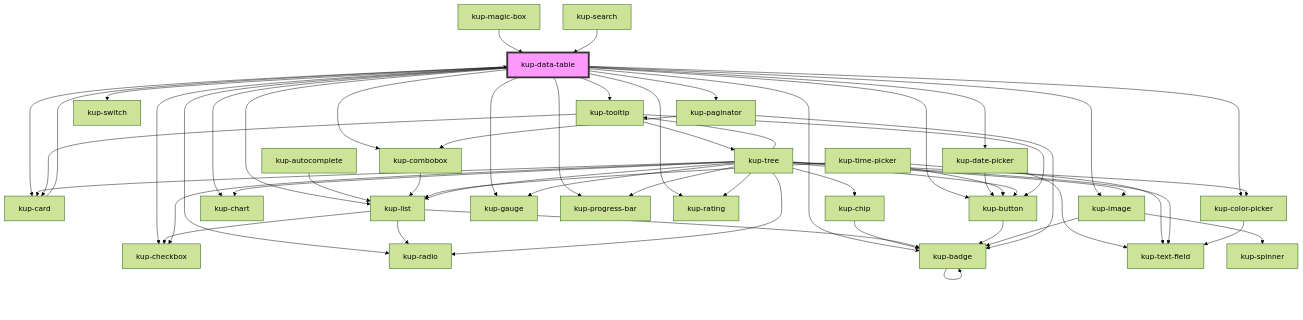
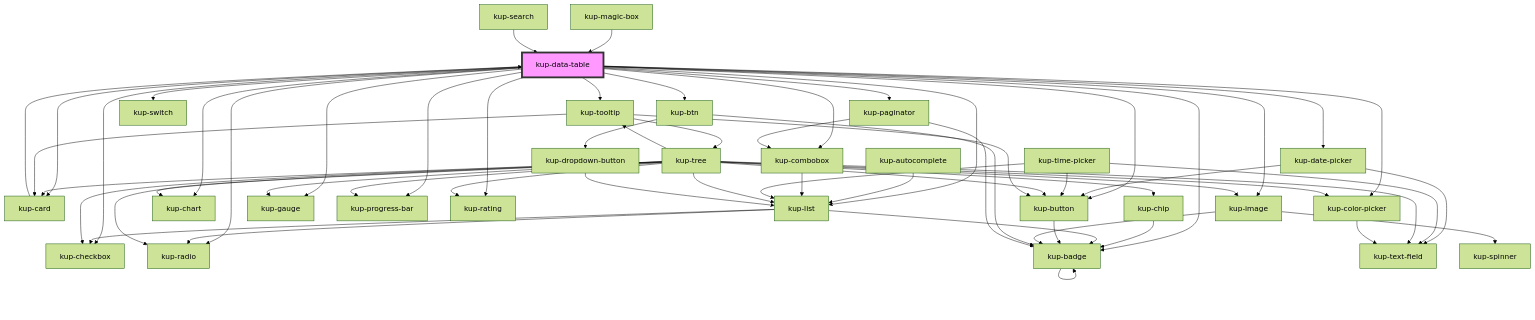
One commit to smeup/ketchup changed the diagram in packages/ketchup/src/components/kup-data-table/readme.md. Above: the diagram before and after it, drawn with Mermaid (forest theme). The commit also changed other lines of this file and 17 other files, not shown here.

````diff
--- a/packages/ketchup/src/components/kup-data-table/readme.md
+++ b/packages/ketchup/src/components/kup-data-table/readme.md
@@ -249,59 +250,63 @@
 ```mermaid
 graph TD;
   kup-data-table --> kup-card
   kup-data-table --> kup-checkbox
   kup-data-table --> kup-tooltip
   kup-data-table --> kup-list
   kup-data-table --> kup-date-picker
   kup-data-table --> kup-image
   kup-data-table --> kup-button
+  kup-data-table --> kup-btn
   kup-data-table --> kup-chart
   kup-data-table --> kup-color-picker
   kup-data-table --> kup-gauge
   kup-data-table --> kup-progress-bar
   kup-data-table --> kup-rating
   kup-data-table --> kup-radio
   kup-data-table --> kup-paginator
   kup-data-table --> kup-switch
   kup-data-table --> kup-combobox
   kup-data-table --> kup-badge
   kup-card --> kup-data-table
   kup-chip --> kup-badge
   kup-badge --> kup-badge
   kup-autocomplete --> kup-list
   kup-list --> kup-radio
   kup-list --> kup-checkbox
   kup-list --> kup-badge
   kup-button --> kup-badge
   kup-combobox --> kup-list
   kup-date-picker --> kup-text-field
   kup-date-picker --> kup-button
   kup-time-picker --> kup-text-field
   kup-time-picker --> kup-button
   kup-time-picker --> kup-list
   kup-tree --> kup-image
   kup-tree --> kup-button
   kup-tree --> kup-chart
   kup-tree --> kup-checkbox
   kup-tree --> kup-chip
   kup-tree --> kup-color-picker
   kup-tree --> kup-gauge
   kup-tree --> kup-progress-bar
   kup-tree --> kup-rating
   kup-tree --> kup-radio
   kup-tree --> kup-tooltip
   kup-tree --> kup-list
   kup-tree --> kup-text-field
   kup-tree --> kup-card
   kup-image --> kup-spinner
   kup-image --> kup-badge
   kup-color-picker --> kup-text-field
   kup-tooltip --> kup-button
   kup-tooltip --> kup-card
   kup-tooltip --> kup-tree
+  kup-btn --> kup-dropdown-button
+  kup-btn --> kup-badge
+  kup-dropdown-button --> kup-list
   kup-paginator --> kup-combobox
   kup-paginator --> kup-badge
   kup-magic-box --> kup-data-table
   kup-search --> kup-data-table
   style kup-data-table fill:#f9f,stroke:#333,stroke-width:4px
 ```
````
